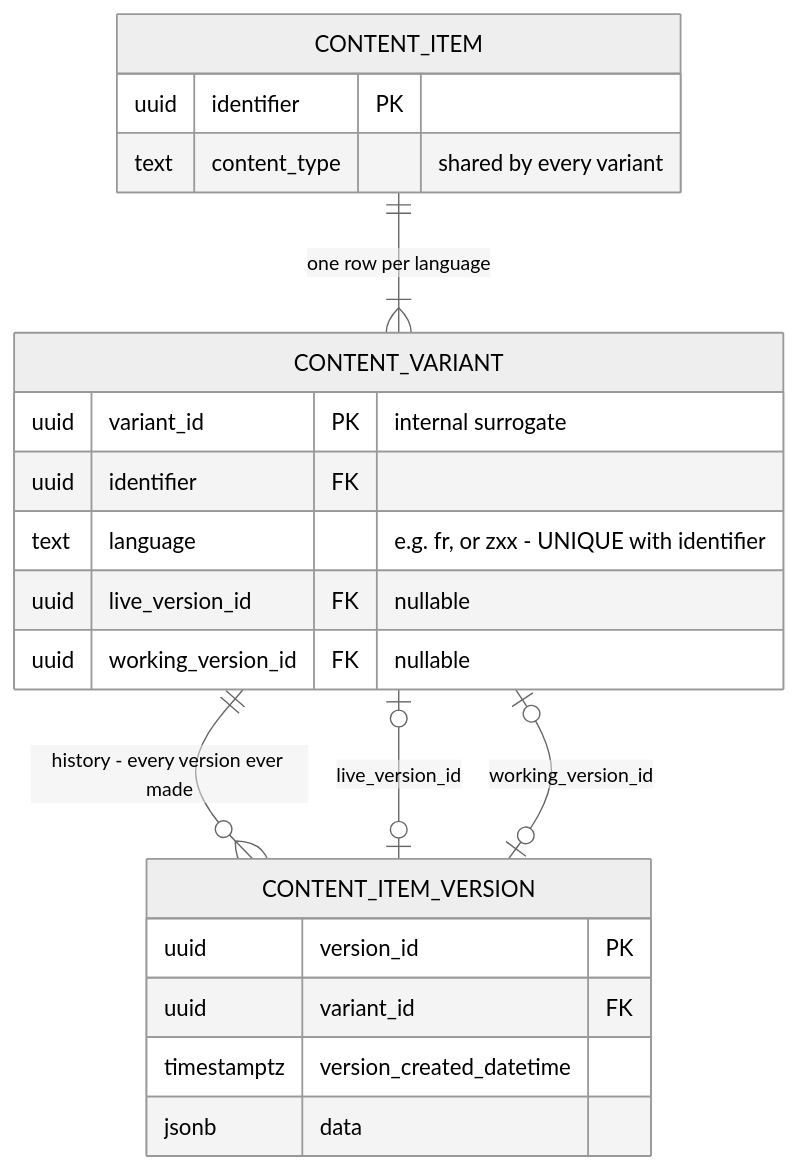
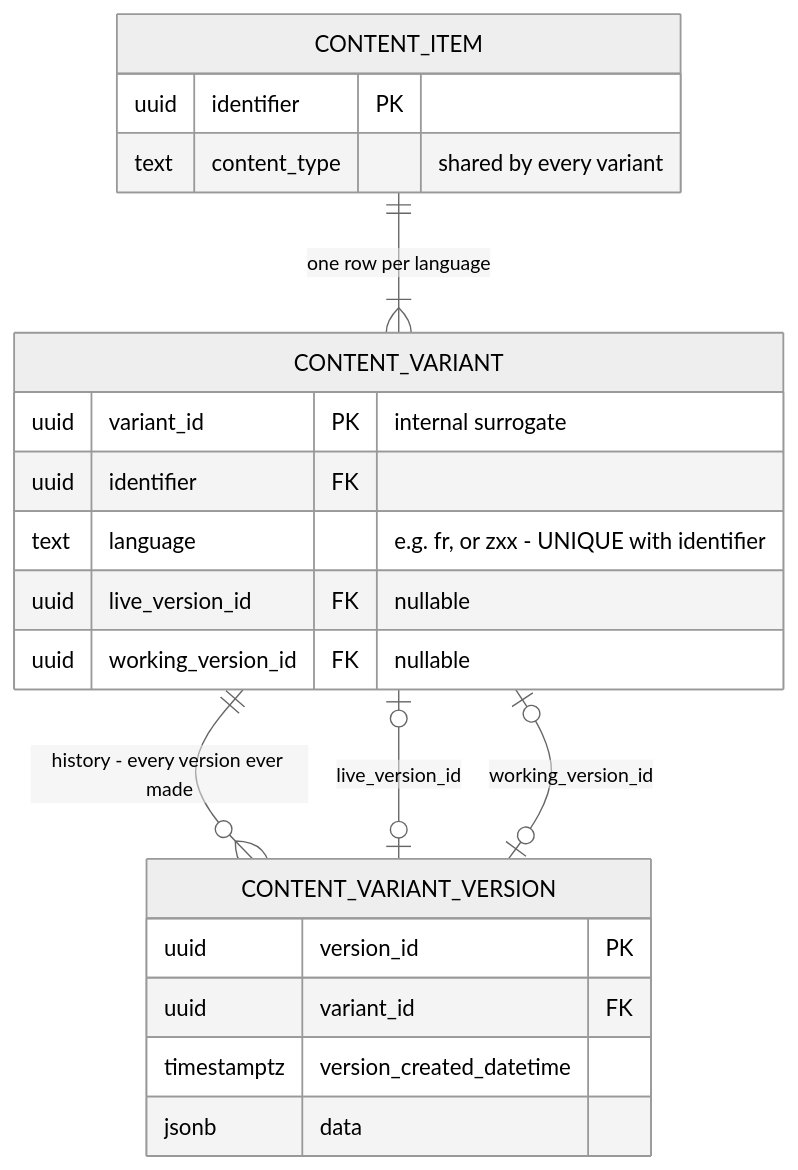
One commit to PaulDMooney/Contented_Java changed the fourth of 4 diagrams in docs/proposals/data-model-evolution.md. Above: the diagram before and after it, drawn with Mermaid (neutral theme). The commit also changed other lines of this file and 3 other files, not shown here.

````diff
--- a/docs/proposals/data-model-evolution.md
+++ b/docs/proposals/data-model-evolution.md
@@ -156,25 +152,25 @@
 ```mermaid
 erDiagram
     CONTENT_ITEM ||--|{ CONTENT_VARIANT : "one row per language"
-    CONTENT_VARIANT ||--o{ CONTENT_ITEM_VERSION : "history - every version ever made"
-    CONTENT_VARIANT |o--o| CONTENT_ITEM_VERSION : "live_version_id"
-    CONTENT_VARIANT |o--o| CONTENT_ITEM_VERSION : "working_version_id"
+    CONTENT_VARIANT ||--o{ CONTENT_VARIANT_VERSION : "history - every version ever made"
+    CONTENT_VARIANT |o--o| CONTENT_VARIANT_VERSION : "live_version_id"
+    CONTENT_VARIANT |o--o| CONTENT_VARIANT_VERSION : "working_version_id"
 
     CONTENT_ITEM {
         uuid identifier PK
         text content_type "shared by every variant"
     }
     CONTENT_VARIANT {
         uuid variant_id PK "internal surrogate"
         uuid identifier FK
         text language "e.g. fr, or zxx - UNIQUE with identifier"
         uuid live_version_id FK "nullable"
         uuid working_version_id FK "nullable"
     }
-    CONTENT_ITEM_VERSION {
+    CONTENT_VARIANT_VERSION {
         uuid version_id PK
         uuid variant_id FK
         timestamptz version_created_datetime
         jsonb data
     }
 ```
````
